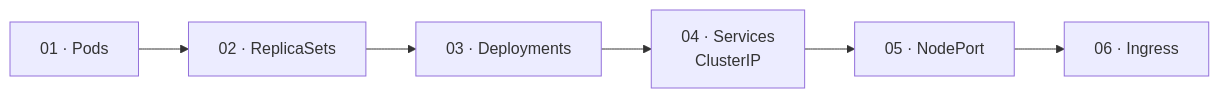
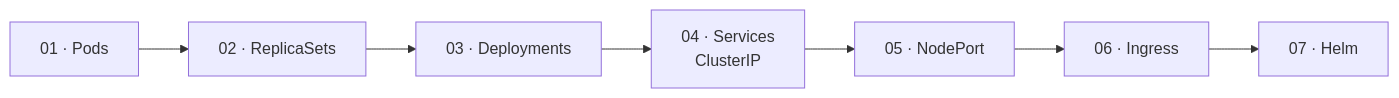
Before and after one commit to amerinoo/kubernetes-from-zero: the diagram in README.md, drawn with Mermaid. The commit also changed other lines of this file and 8 other files, not shown here.

Commit message:
Add Helm class chart and documentation

````diff
--- a/README.md
+++ b/README.md
@@ -7,8 +7,9 @@
 ```mermaid
 graph LR
     P["01 · Pods"] --> RS["02 · ReplicaSets"]
     RS --> D["03 · Deployments"]
     D --> SVC["04 · Services\nClusterIP"]
     SVC --> NP["05 · NodePort"]
     NP --> ING["06 · Ingress"]
+    ING --> H["07 · Helm"]
 ```
````
